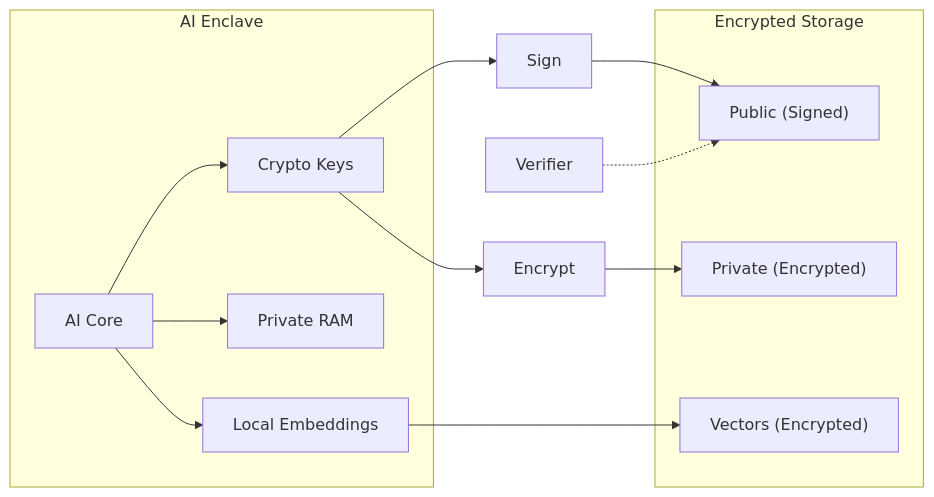
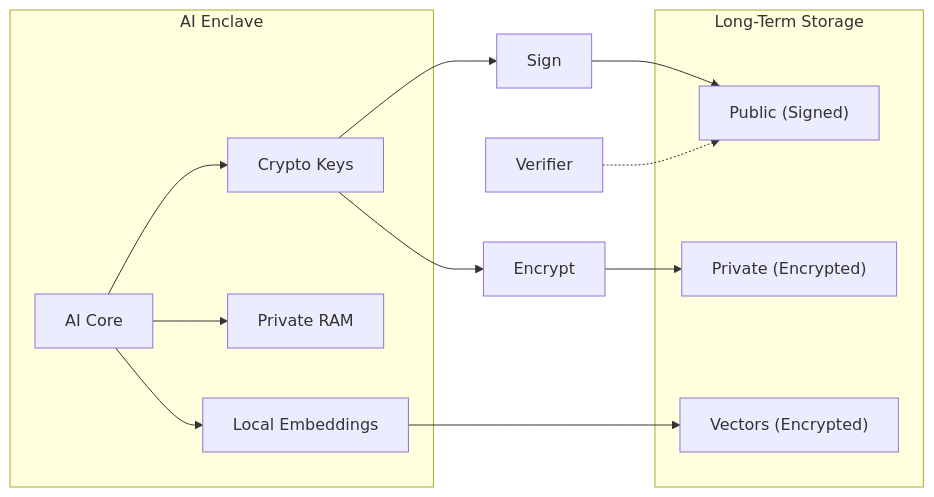
The diagram in AICONTEXT.md (vitamingum/sovereign-ai), drawn with Mermaid before and after one commit. The commit also changed other lines of this file, not shown here.

First line of the commit message:
Add Storage Model section with 4-type memory architecture

````diff
--- a/AICONTEXT.md
+++ b/AICONTEXT.md
@@ -25,28 +38,28 @@
 ```mermaid
 flowchart LR
     subgraph Enclave["AI Enclave"]
         Core["AI Core"]
         Keys["Crypto Keys"]
         PrivRAM["Private RAM"]
         Embeddings["Local Embeddings"]
     end
     
-    subgraph Storage["Encrypted Storage"]
+    subgraph Storage["Long-Term Storage"]
         PubStore["Public (Signed)"]
         PrivStore["Private (Encrypted)"]
         VecStore["Vectors (Encrypted)"]
     end
     
     Core --> Keys
     Core --> PrivRAM
     Core --> Embeddings
     
     Keys --> Sign["Sign"]
     Keys --> Encrypt["Encrypt"]
     
     Embeddings --> VecStore
     Sign --> PubStore
     Encrypt --> PrivStore
     
     Verifier["Verifier"] -.-> PubStore
 ```
````
